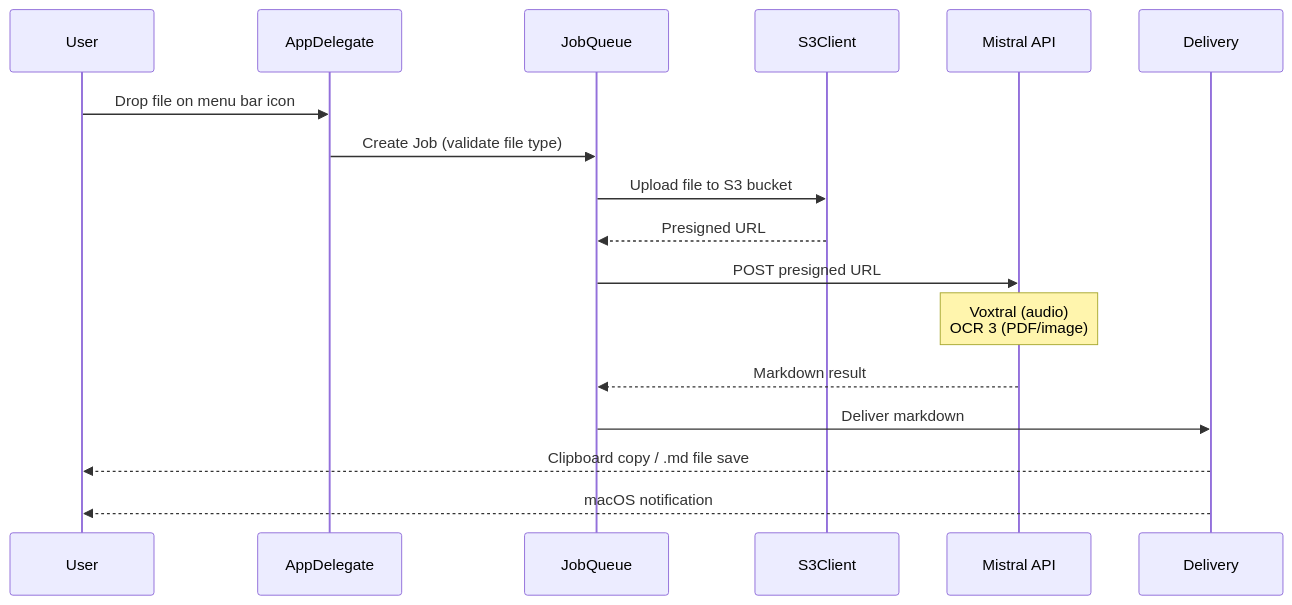
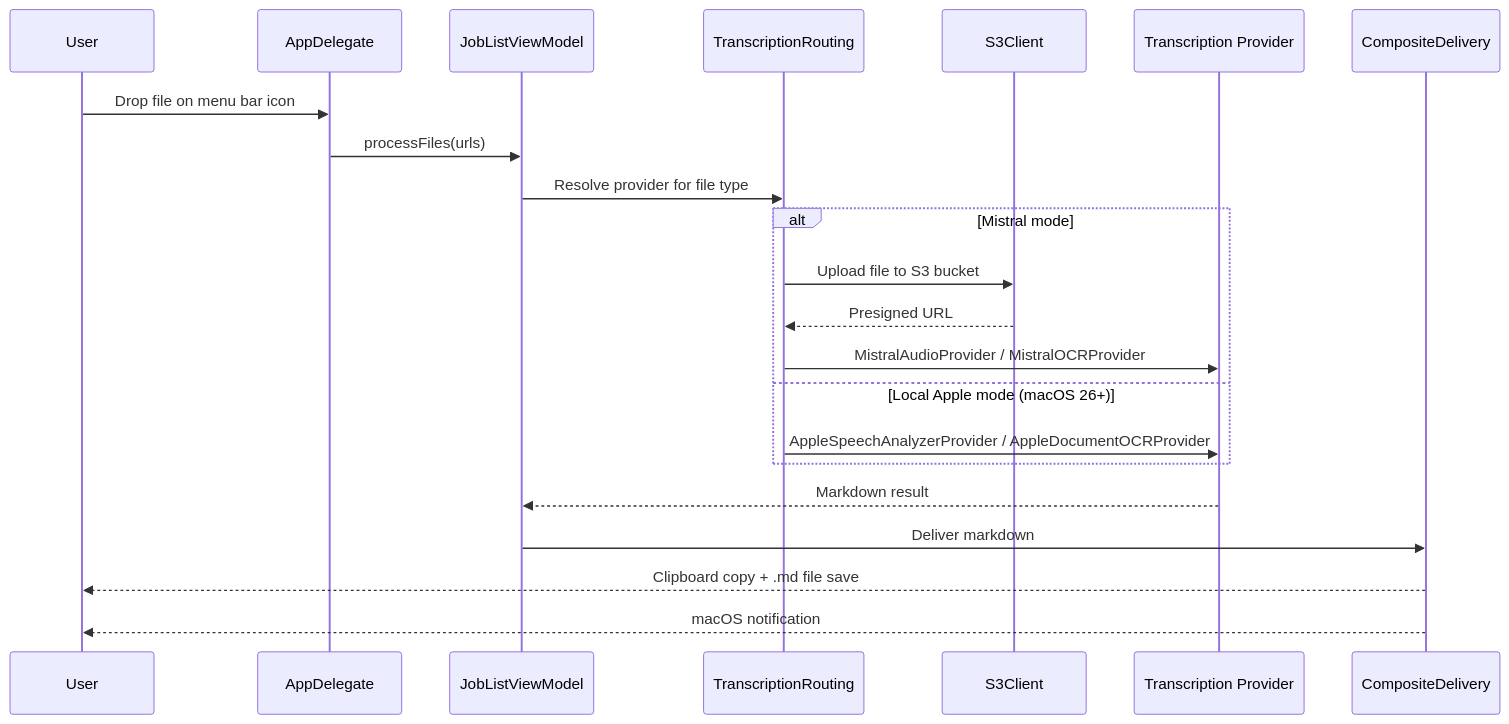
One commit to jwa91/trnscrb changed the second of 2 diagrams in docs/ARCHITECTURE.md. Above: the diagram before and after it, drawn with Mermaid. The commit also changed other lines of this file, not shown here.

First line of the commit message:
Update architecture docs to match current codebase

````diff
--- a/docs/ARCHITECTURE.md
+++ b/docs/ARCHITECTURE.md
@@ -64,20 +63,25 @@
 ```mermaid
 sequenceDiagram
     participant U as User
     participant A as AppDelegate
-    participant J as JobQueue
+    participant VM as JobListViewModel
+    participant R as TranscriptionRouting
     participant S as S3Client
-    participant M as Mistral API
-    participant D as Delivery
+    participant T as Transcription Provider
+    participant D as CompositeDelivery
 
     U->>A: Drop file on menu bar icon
-    A->>J: Create Job (validate file type)
-    J->>S: Upload file to S3 bucket
-    S-->>J: Presigned URL
-    J->>M: POST presigned URL
-    Note over M: Voxtral (audio)<br/>OCR 3 (PDF/image)
-    M-->>J: Markdown result
-    J->>D: Deliver markdown
-    D-->>U: Clipboard copy / .md file save
+    A->>VM: processFiles(urls)
+    VM->>R: Resolve provider for file type
+    alt Mistral mode
+        R->>S: Upload file to S3 bucket
+        S-->>R: Presigned URL
+        R->>T: MistralAudioProvider / MistralOCRProvider
+    else Local Apple mode (macOS 26+)
+        R->>T: AppleSpeechAnalyzerProvider / AppleDocumentOCRProvider
+    end
+    T-->>VM: Markdown result
+    VM->>D: Deliver markdown
+    D-->>U: Clipboard copy + .md file save
     D-->>U: macOS notification
 ```
````
